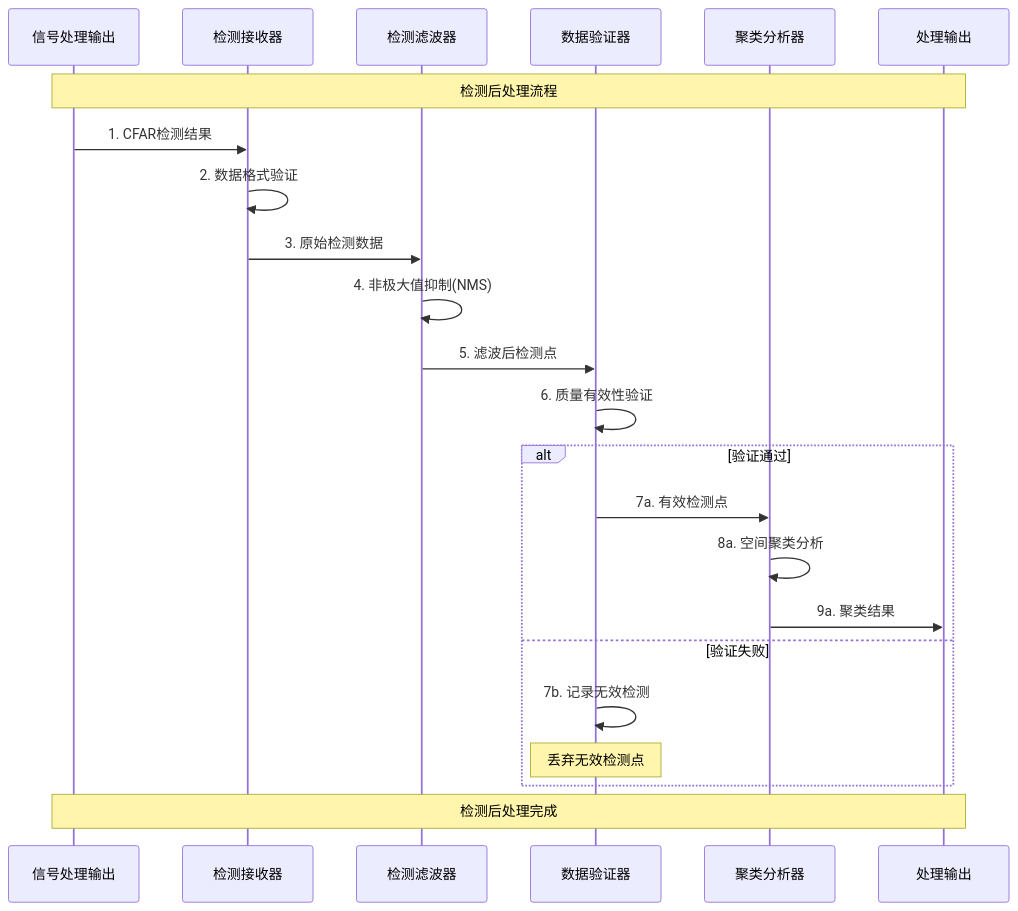
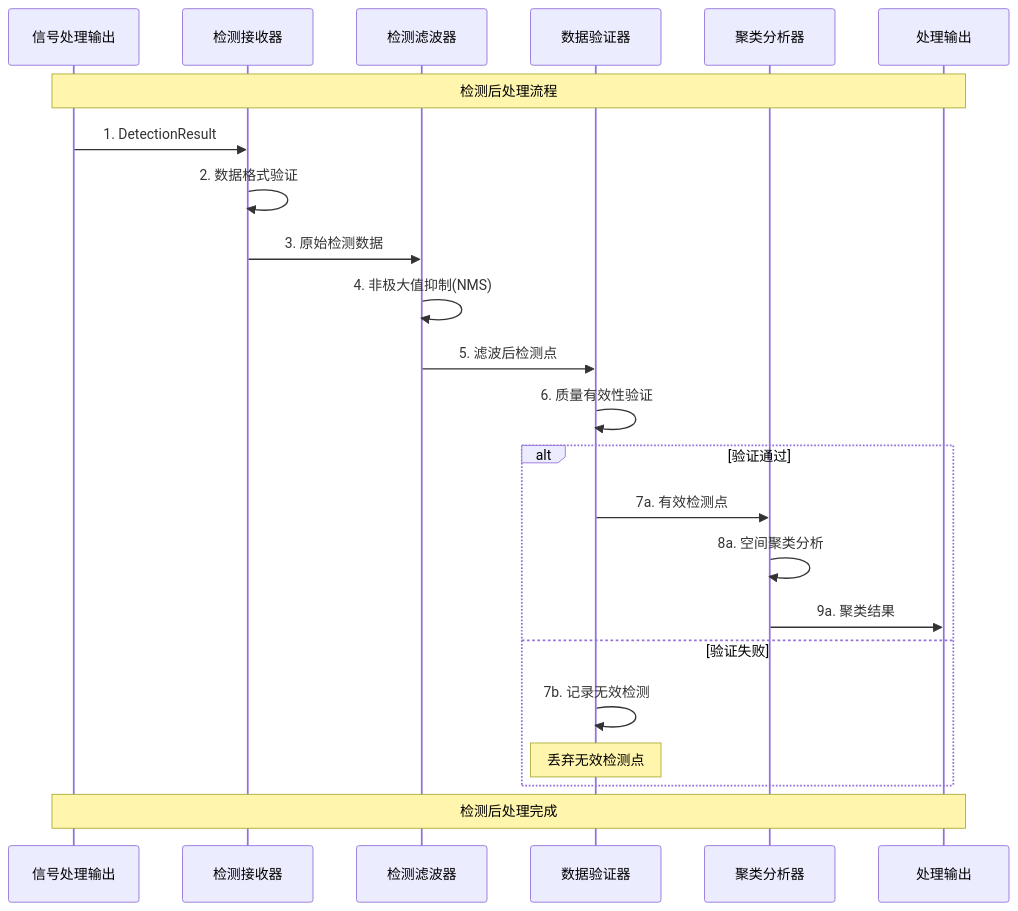
One commit to wendizhou99-cell/Radar changed the fifth of 12 diagrams in docs/01_项目设计/02_模块设计/03_数据处理模块设计.md. Above: the diagram before and after it, drawn with Mermaid. The commit also changed other lines of this file and 9 other files, not shown here.

````diff
--- a/docs/01_项目设计/02_模块设计/03_数据处理模块设计.md
+++ b/docs/01_项目设计/02_模块设计/03_数据处理模块设计.md
@@ -308,30 +321,30 @@
 ```mermaid
 sequenceDiagram
     participant Input as 信号处理输出
     participant Receiver as 检测接收器
     participant Filter as 检测滤波器
     participant Validator as 数据验证器
     participant Clusterer as 聚类分析器
     participant Output as 处理输出
 
     Note over Input,Output: 检测后处理流程
 
-    Input->>Receiver: 1. CFAR检测结果
+    Input->>Receiver: 1. DetectionResult
     Receiver->>Receiver: 2. 数据格式验证
     Receiver->>Filter: 3. 原始检测数据
 
     Filter->>Filter: 4. 非极大值抑制(NMS)
     Filter->>Validator: 5. 滤波后检测点
 
     Validator->>Validator: 6. 质量有效性验证
     alt 验证通过
         Validator->>Clusterer: 7a. 有效检测点
         Clusterer->>Clusterer: 8a. 空间聚类分析
         Clusterer->>Output: 9a. 聚类结果
     else 验证失败
         Validator->>Validator: 7b. 记录无效检测
         Note over Validator: 丢弃无效检测点
     end
 
     Note over Input,Output: 检测后处理完成
 ```
````
